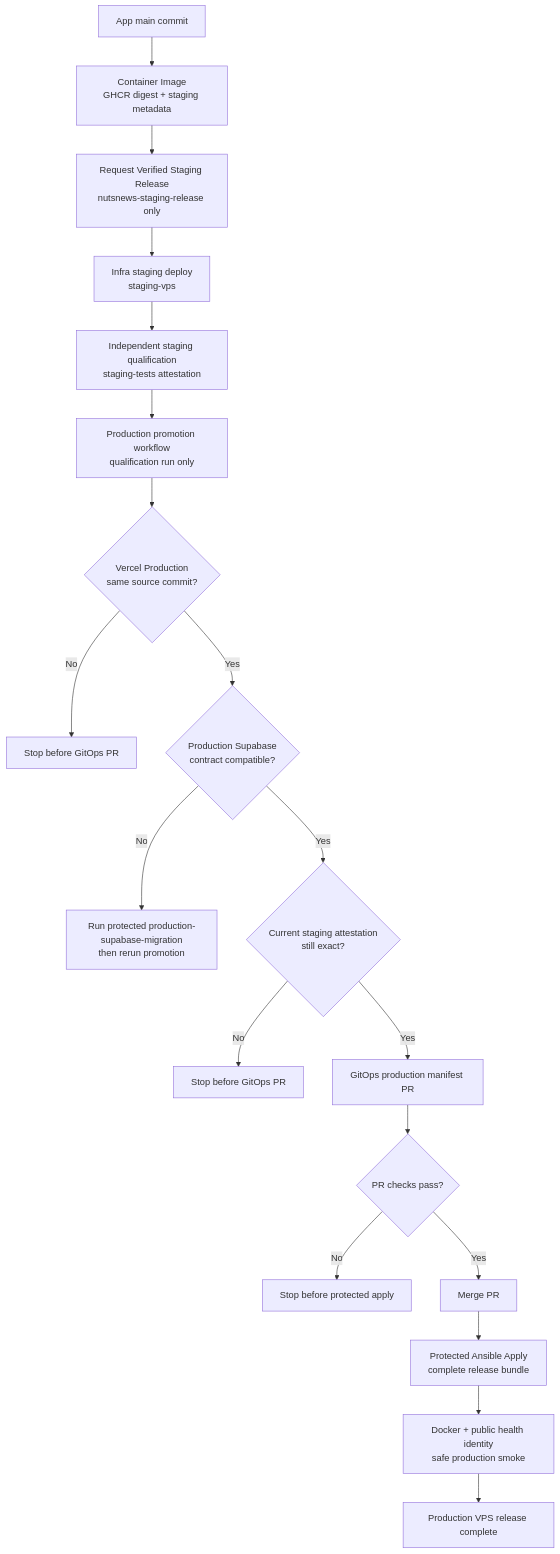
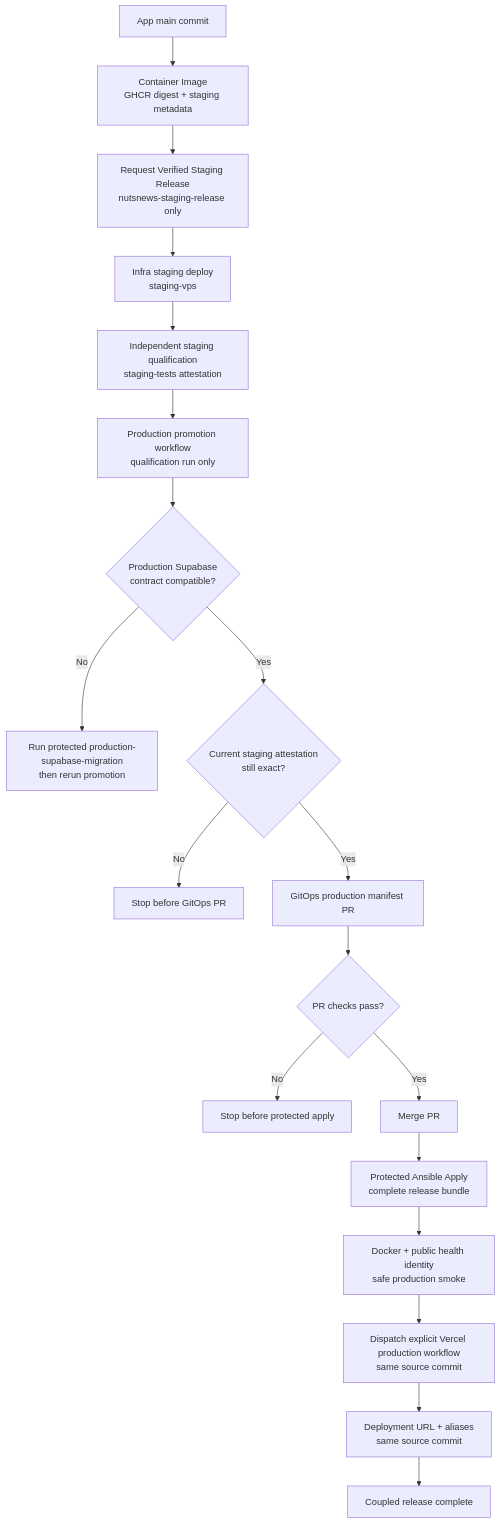
The first of 2 diagrams in NUTSNEWS_RELEASE_PIPELINE.md (ramideltoro/nutsnews-docs), drawn with Mermaid before and after one commit. The commit also changed other lines of this file and 1 other file, not shown here.

Commit message:
docs: update coupled release handoff

````diff
--- a/NUTSNEWS_RELEASE_PIPELINE.md
+++ b/NUTSNEWS_RELEASE_PIPELINE.md
@@ -123,21 +124,21 @@
 ```mermaid
 flowchart TD
   appMain["App main commit"] --> image["Container Image\nGHCR digest + staging metadata"]
   image --> handoff["Request Verified Staging Release\nnutsnews-staging-release only"]
   handoff --> staging["Infra staging deploy\nstaging-vps"]
   staging --> qualification["Independent staging qualification\nstaging-tests attestation"]
   qualification --> promotion["Production promotion workflow\nqualification run only"]
-  promotion --> vercel{"Vercel Production\nsame source commit?"}
-  vercel -- "No" --> stopVercel["Stop before GitOps PR"]
-  vercel -- "Yes" --> supabase{"Production Supabase\ncontract compatible?"}
+  promotion --> supabase{"Production Supabase\ncontract compatible?"}
   supabase -- "No" --> migrate["Run protected production-supabase-migration\nthen rerun promotion"]
   supabase -- "Yes" --> attest{"Current staging attestation\nstill exact?"}
   attest -- "No" --> stopAttest["Stop before GitOps PR"]
   attest -- "Yes" --> pr["GitOps production manifest PR"]
   pr --> checks{"PR checks pass?"}
   checks -- "No" --> stopChecks["Stop before protected apply"]
   checks -- "Yes" --> merge["Merge PR"]
   merge --> apply["Protected Ansible Apply\ncomplete release bundle"]
   apply --> verify["Docker + public health identity\nsafe production smoke"]
-  verify --> done["Production VPS release complete"]
+  verify --> vercel["Dispatch explicit Vercel production workflow\nsame source commit"]
+  vercel --> vercelVerify["Deployment URL + aliases\nsame source commit"]
+  vercelVerify --> done["Coupled release complete"]
 ```
````
